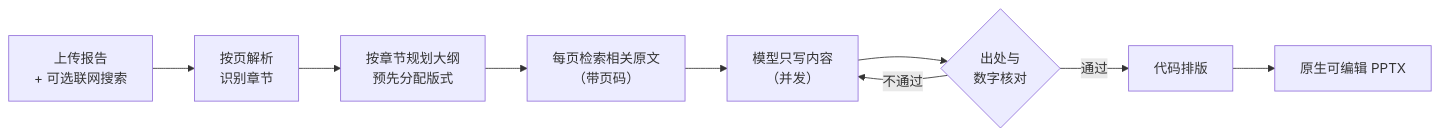
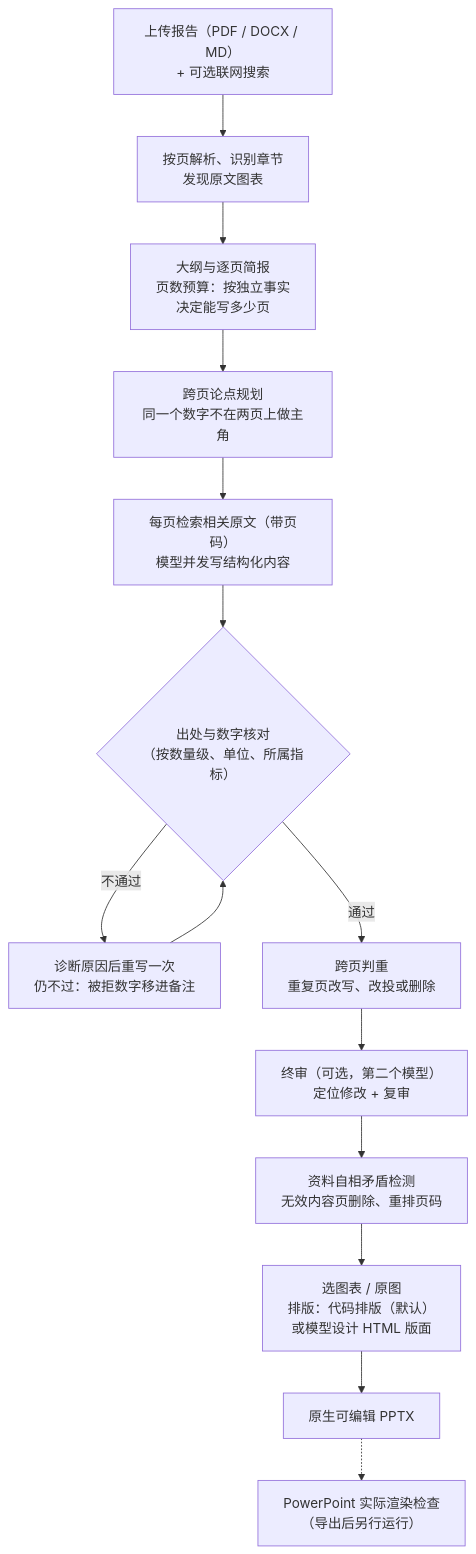
Before and after one commit to Liyilin66/ppt-agent: the diagram in README.md, drawn with Mermaid. The commit also changed other lines of this file and 2 other files, not shown here.

Commit message:
README for GitHub: current pipeline diagram (optional claim audit, source-conflict check, invalid-page removal, render check), scale-test showcase and repro command; CLI exposes --claim-audit and --key-page-selection

````diff
--- a/README.md
+++ b/README.md
@@ -28,11 +28,16 @@
 ```mermaid
-flowchart LR
-    A["上传报告<br/>+ 可选联网搜索"] --> B["按页解析<br/>识别章节"]
-    B --> C["按章节规划大纲<br/>预先分配版式"]
-    C --> D["每页检索相关原文<br/>（带页码）"]
-    D --> E["模型只写内容<br/>（并发）"]
-    E --> F{"出处与<br/>数字核对"}
-    F -->|"不通过"| E
-    F -->|"通过"| G["代码排版"]
-    G --> H["原生可编辑 PPTX"]
+flowchart TB
+    A["上传报告（PDF / DOCX / MD）<br/>+ 可选联网搜索"] --> B["按页解析、识别章节<br/>发现原文图表"]
+    B --> C["大纲与逐页简报<br/>页数预算：按独立事实<br/>决定能写多少页"]
+    C --> D["跨页论点规划<br/>同一个数字不在两页上做主角"]
+    D --> E["每页检索相关原文（带页码）<br/>模型并发写结构化内容"]
+    E --> F{"出处与数字核对<br/>（按数量级、单位、所属指标）"}
+    F -->|"不通过"| R["诊断原因后重写一次<br/>仍不过：被拒数字移进备注"]
+    R --> F
+    F -->|"通过"| G["跨页判重<br/>重复页改写、改投或删除"]
+    G --> H["终审（可选，第二个模型）<br/>定位修改 + 复审"]
+    H --> I["资料自相矛盾检测<br/>无效内容页删除、重排页码"]
+    I --> J["选图表 / 原图<br/>排版：代码排版（默认）<br/>或模型设计 HTML 版面"]
+    J --> K["原生可编辑 PPTX"]
+    K -.-> L["PowerPoint 实际渲染检查<br/>（导出后另行运行）"]
 ```
````
